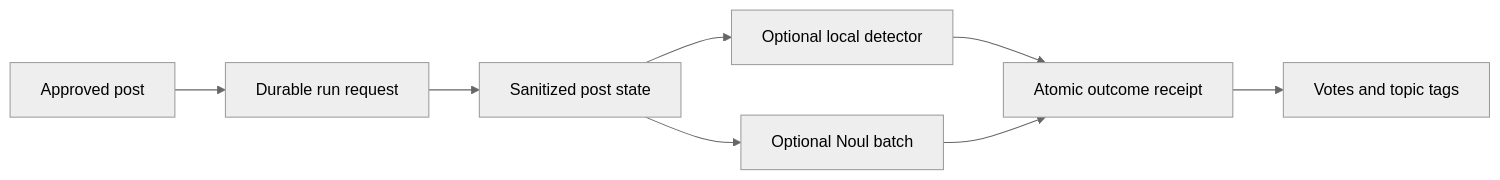
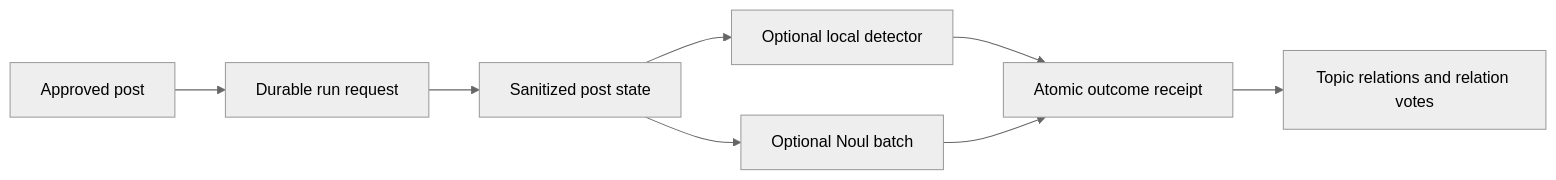
The diagram in docs/overview/architecture/ai-agents/post-classifier/README.md (vouchington/vouchington), drawn with Mermaid (neutral theme) before and after one commit. The commit also changed other lines of this file and 27 other files, not shown here.

````diff
--- a/docs/overview/architecture/ai-agents/post-classifier/README.md
+++ b/docs/overview/architecture/ai-agents/post-classifier/README.md
@@ -34,10 +36,10 @@
 ```mermaid
 flowchart LR
   post[Approved post] --> request[Durable run request]
   request --> state[Sanitized post state]
   state --> local[Optional local detector]
   state --> remote[Optional Noul batch]
   local --> receipt[Atomic outcome receipt]
   remote --> receipt
-  receipt --> effects[Votes and topic tags]
+  receipt --> effects[Topic relations and relation votes]
 ```
````
